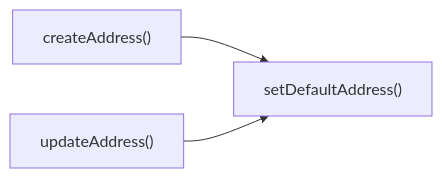
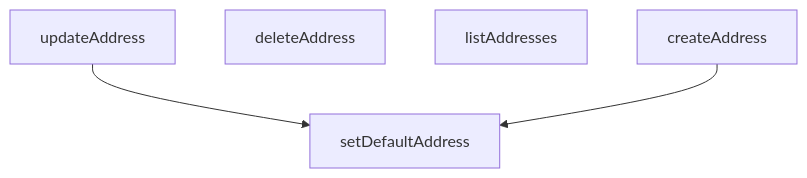
The diagram in src/lib/services/address.service.md (peckop/venthub-hvac-esite), drawn with Mermaid before and after one commit. The commit also changed other lines of this file and 488 other files, not shown here.

````diff
--- a/src/lib/services/address.service.md
+++ b/src/lib/services/address.service.md
@@ -156,5 +148,10 @@
 ```mermaid
-graph LR
-    createAddress["createAddress()"] --> setDefaultAddress["setDefaultAddress()"]
-    updateAddress["updateAddress()"] --> setDefaultAddress["setDefaultAddress()"]
+graph TD
+    address_service_ts__createAddress["createAddress"]
+    address_service_ts__deleteAddress["deleteAddress"]
+    address_service_ts__listAddresses["listAddresses"]
+    address_service_ts__setDefaultAddress["setDefaultAddress"]
+    address_service_ts__updateAddress["updateAddress"]
+    address_service_ts__updateAddress --> address_service_ts__setDefaultAddress
+    address_service_ts__createAddress --> address_service_ts__setDefaultAddress
 ```
````
